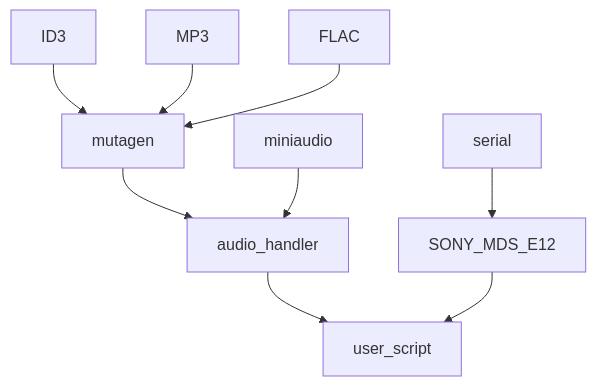
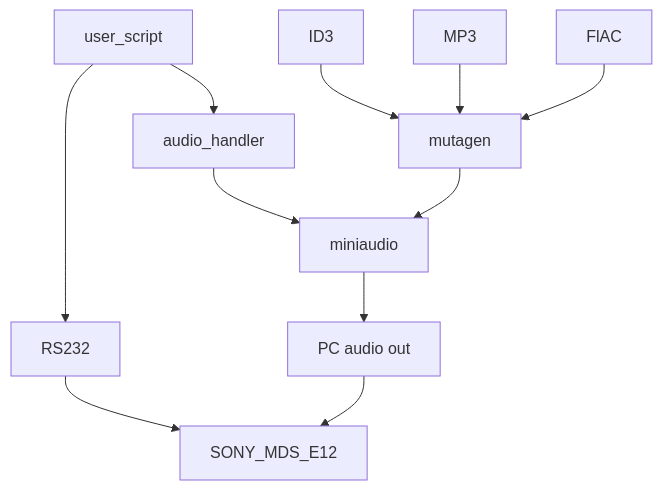
One commit to henkjohan/MiniDisc changed the first of 2 diagrams in README.md. Above: the diagram before and after it, drawn with Mermaid. The commit also changed other lines of this file, not shown here.

````diff
--- a/README.md
+++ b/README.md
@@ -6,13 +6,16 @@
 ```mermaid
 graph TD
-  A[ID3] --> B[mutagen]
-  C[MP3] --> B
-  D[FLAC] --> B
-  B --> E[audio_handler]
-  F[miniaudio] --> E
+  A[user_script] --> B[RS232]
+  B --> C[SONY_MDS_E12]
 
-  G[serial] --> H[SONY_MDS_E12]
+  A --> D[audio_handler]
+  D --> E[miniaudio]
+  E --> J[PC audio out]
+  J --> C
 
-  E --> I[user_script]
-  H --> I
+  F[mutagen] --> E
+  G[ID3] --> F
+  H[MP3] --> F
+  I[FlAC] --> F
+
 ```
````
